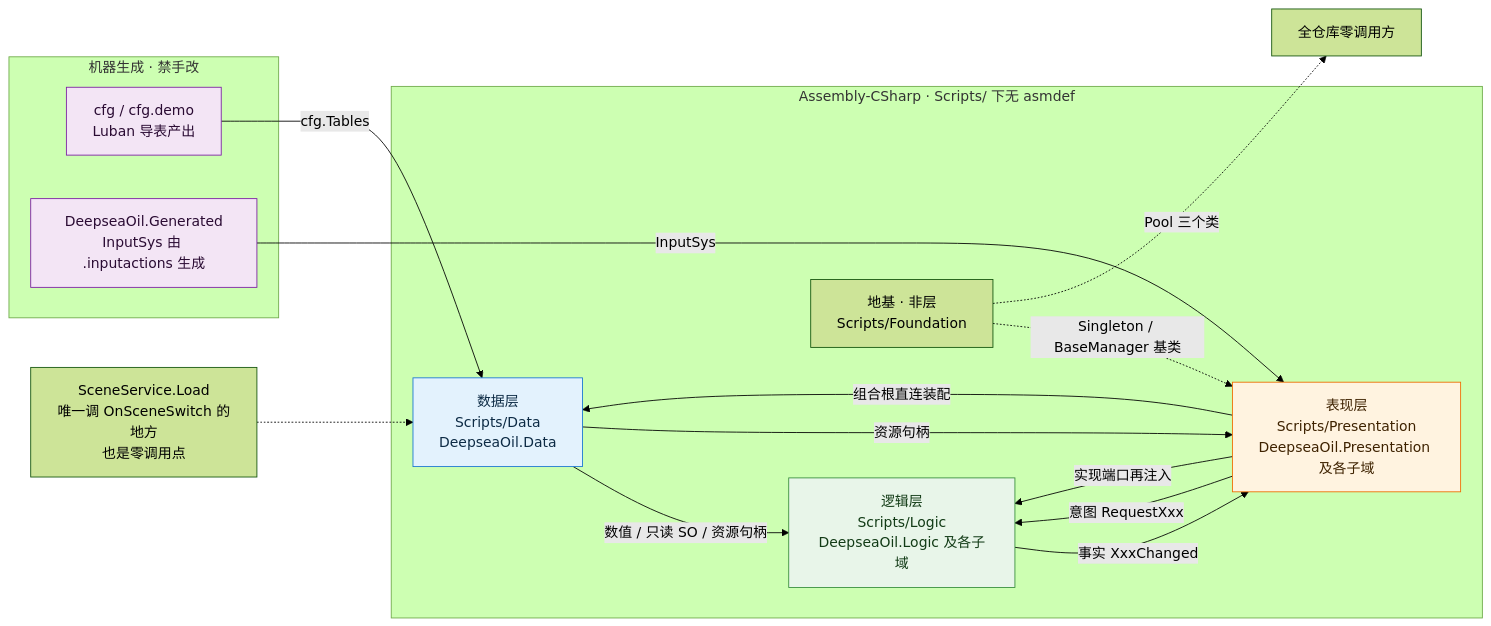
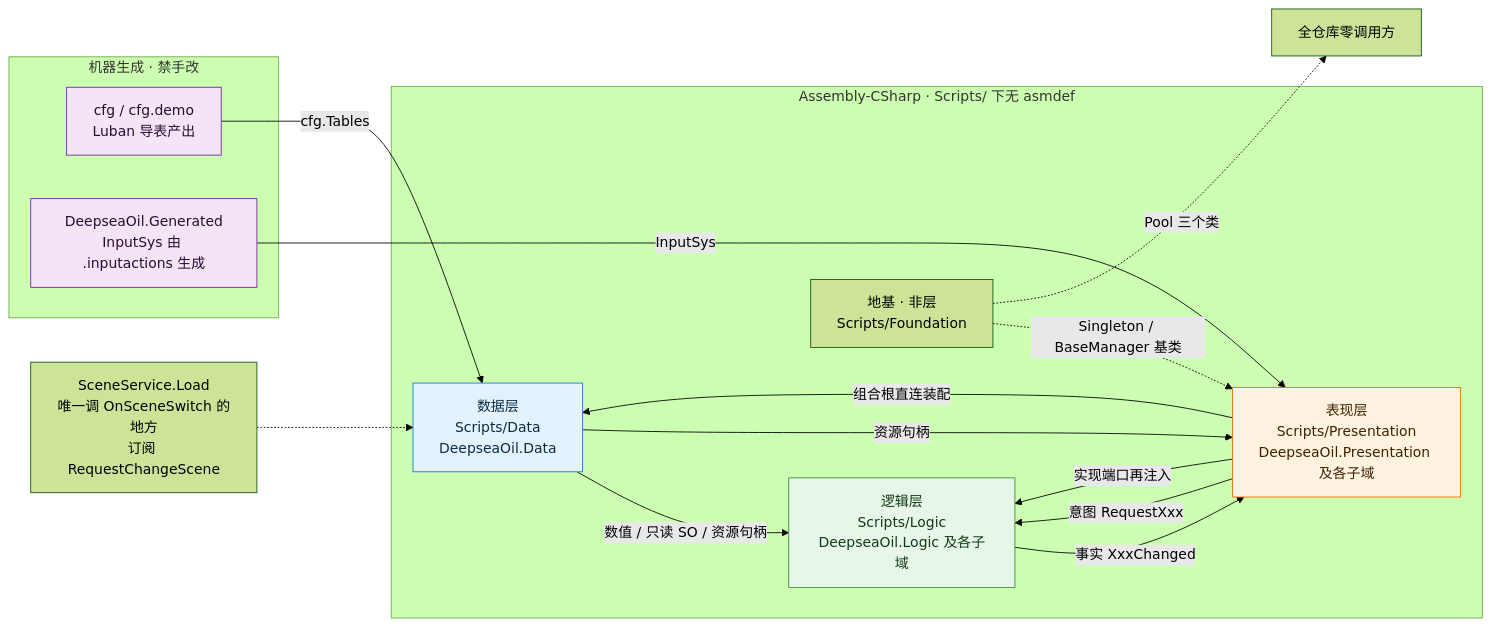
Before and after one commit to 5FYZhou/deepseaoil: the first of 16 diagrams in Docs/框架设计/架构图集.md, drawn with Mermaid (forest theme). The commit also changed other lines of this file and 152 other files, not shown here.

````diff
--- a/Docs/框架设计/架构图集.md
+++ b/Docs/框架设计/架构图集.md
@@ -41,32 +41,32 @@
 ```mermaid
 flowchart LR
   subgraph GEN["机器生成 · 禁手改"]
     GFG["cfg / cfg.demo<br/>Luban 导表产出"]
     GIN["DeepseaOil.Generated<br/>InputSys 由 .inputactions 生成"]
   end
   subgraph CORE["Assembly-CSharp · Scripts/ 下无 asmdef"]
     D["数据层<br/>Scripts/Data<br/>DeepseaOil.Data"]
     L["逻辑层<br/>Scripts/Logic<br/>DeepseaOil.Logic 及各子域"]
     P["表现层<br/>Scripts/Presentation<br/>DeepseaOil.Presentation 及各子域"]
     F["地基 · 非层<br/>Scripts/Foundation"]
   end
   D -->|"数值 / 只读 SO / 资源句柄"| L
   D -->|"资源句柄"| P
   L -->|"事实 XxxChanged"| P
   P -->|"意图 RequestXxx"| L
   P -->|"实现端口再注入"| L
   P -->|"组合根直连装配"| D
   GFG -->|"cfg.Tables"| D
   GIN -->|"InputSys"| P
   F -.->|"Singleton / BaseManager 基类"| P
   F -.->|"Pool 三个类"| X["全仓库零调用方"]
-  SC["SceneService.Load<br/>唯一调 OnSceneSwitch 的地方<br/>也是零调用点"] -.-> D
+  SC["SceneService.Load<br/>唯一调 OnSceneSwitch 的地方<br/>订阅 RequestChangeScene"] -.-> D
   classDef data fill:#e3f2fd,stroke:#1976d2,color:#0d2b45
   classDef logic fill:#e8f5e9,stroke:#388e3c,color:#123b16
   classDef pres fill:#fff3e0,stroke:#ef6c00,color:#3e2200
   classDef gen fill:#f3e5f5,stroke:#7b1fa2,color:#2a0b33
   class D data
   class L logic
   class P pres
   class GFG,GIN gen
 ```
````
